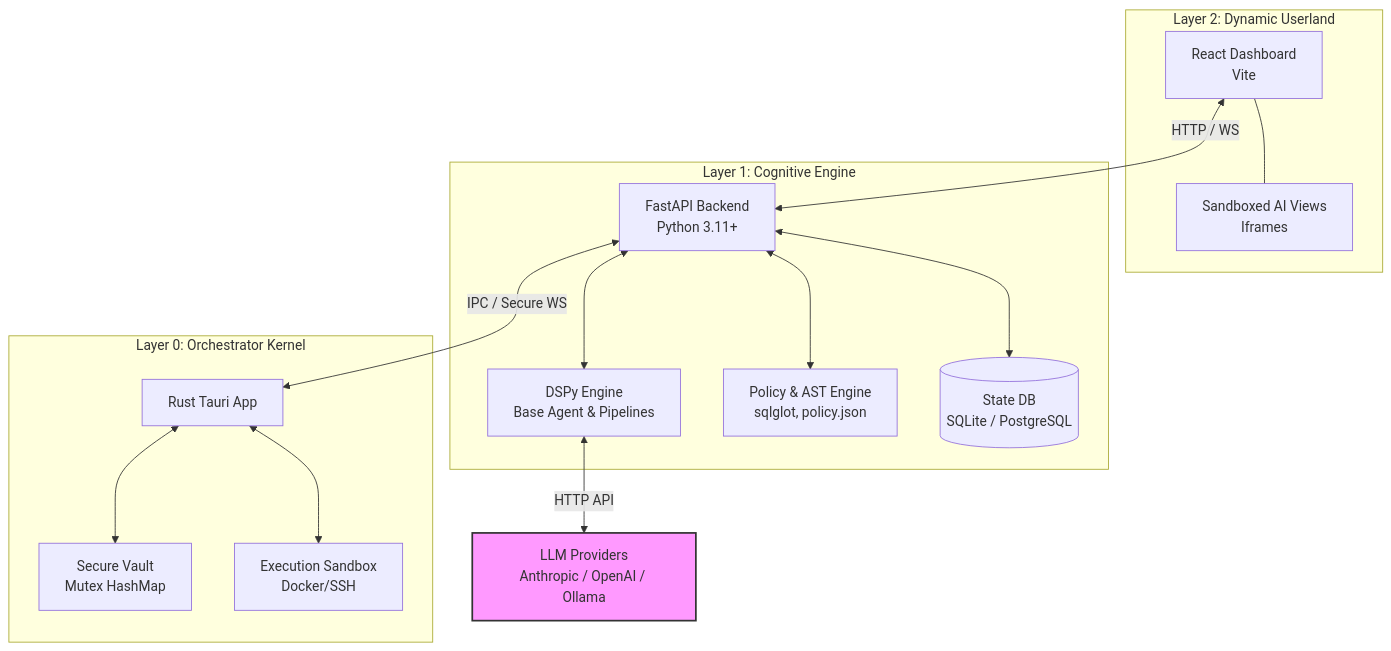
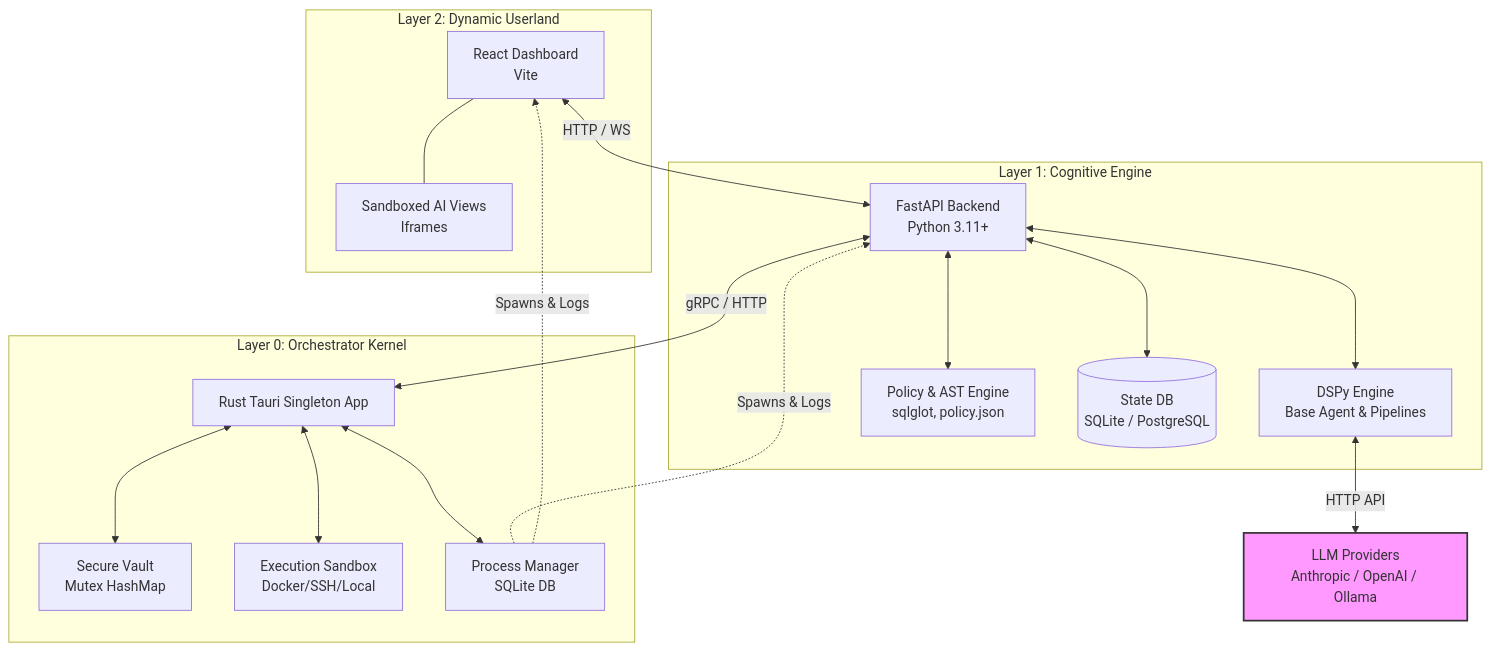
Before and after one commit to Psyborgs-git/Vloop-harness: the diagram in docs/ARCHITECTURE.md, drawn with Mermaid. The commit also changed other lines of this file and 50 other files, not shown here.

Commit message:
feat: implement gRPC EnvironmentManager service and database persistence for managing execution environments

````diff
--- a/docs/ARCHITECTURE.md
+++ b/docs/ARCHITECTURE.md
@@ -13,43 +13,47 @@
 ```mermaid
 graph TD
   %% External Systems
   LLM[LLM Providers\nAnthropic / OpenAI / Ollama]:::external
 
   %% Layer 2
   subgraph Layer 2: Dynamic Userland
     UI[React Dashboard\nVite]
     Iframe[Sandboxed AI Views\nIframes]
     UI --- Iframe
   end
 
   %% Layer 1
   subgraph Layer 1: Cognitive Engine
     FastAPI[FastAPI Backend\nPython 3.11+]
     DSPy[DSPy Engine\nBase Agent & Pipelines]
     Policy[Policy & AST Engine\nsqlglot, policy.json]
     DB[(State DB\nSQLite / PostgreSQL)]
 
     FastAPI <--> DSPy
     FastAPI <--> Policy
     FastAPI <--> DB
   end
 
   %% Layer 0
   subgraph Layer 0: Orchestrator Kernel
-    Tauri[Rust Tauri App]
+    Tauri[Rust Tauri Singleton App]
     Vault[Secure Vault\nMutex HashMap]
-    Sandbox[Execution Sandbox\nDocker/SSH]
+    Sandbox[Execution Sandbox\nDocker/SSH/Local]
+    ProcManager[Process Manager\nSQLite DB]
 
     Tauri <--> Vault
     Tauri <--> Sandbox
+    Tauri <--> ProcManager
   end
 
   %% Connections
+  ProcManager -.->|Spawns & Logs| FastAPI
+  ProcManager -.->|Spawns & Logs| UI
   UI <-->|HTTP / WS| FastAPI
-  FastAPI <-->|IPC / Secure WS| Tauri
+  FastAPI <-->|gRPC / HTTP| Tauri
   DSPy <-->|HTTP API| LLM
 
   %% Styling
   classDef external fill:#f9f,stroke:#333,stroke-width:2px;
   class LLM external;
 ```
````
